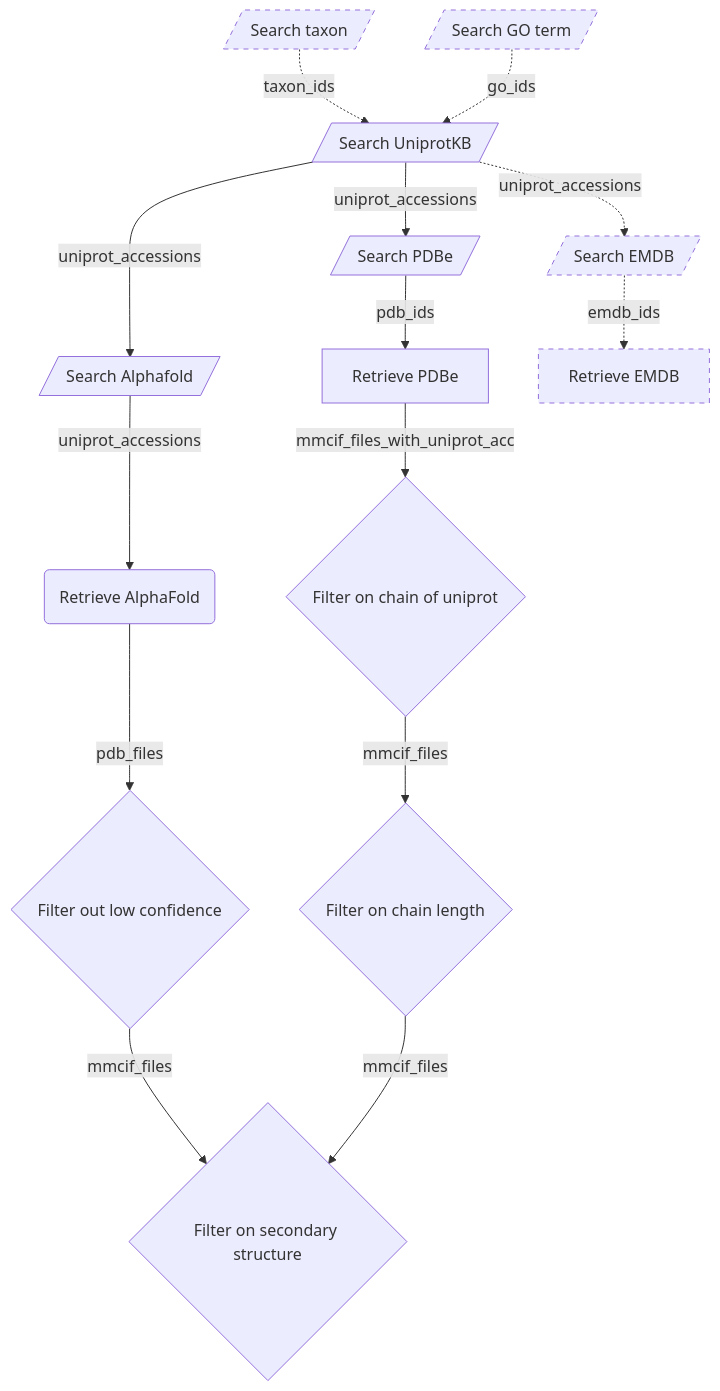
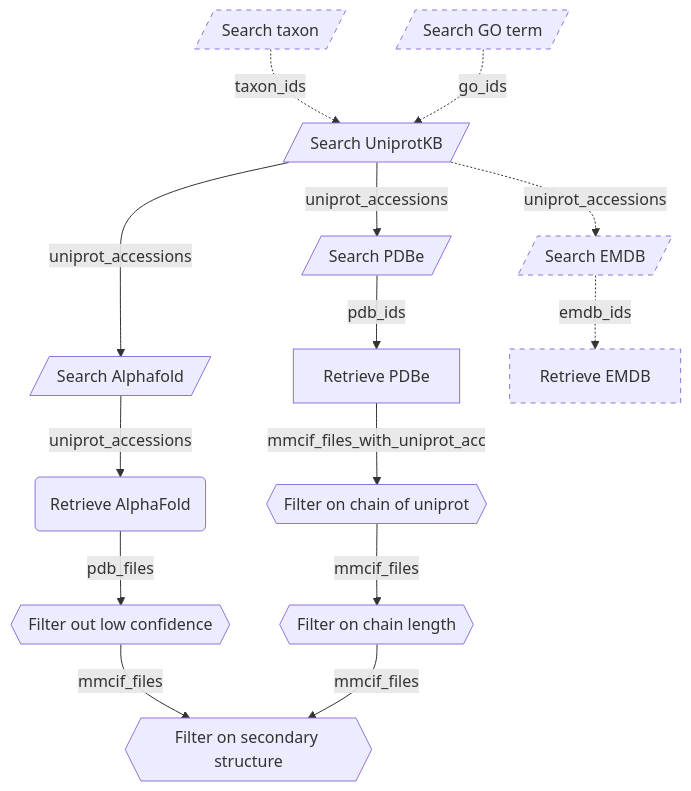
Before and after one commit to haddocking/protein-quest: the diagram in README.md, drawn with Mermaid.

Commit message:
Make filter shapes less big

````diff
--- a/README.md
+++ b/README.md
@@ -22,21 +22,21 @@
 ```mermaid
 graph TB;
     taxonomy[/Search taxon/] -. taxon_ids .-> searchuniprot[/Search UniprotKB/]
     goterm[/Search GO term/] -. go_ids .-> searchuniprot[/Search UniprotKB/]
     searchuniprot --> |uniprot_accessions|searchpdbe[/Search PDBe/]
     searchuniprot --> |uniprot_accessions|searchaf[/Search Alphafold/]
     searchuniprot -. uniprot_accessions .-> searchemdb[/Search EMDB/]
     searchpdbe -->|pdb_ids|fetchpdbe[Retrieve PDBe]
     searchaf --> |uniprot_accessions|fetchad(Retrieve AlphaFold)
     searchemdb -. emdb_ids .->fetchemdb[Retrieve EMDB]
-    fetchpdbe -->|mmcif_files_with_uniprot_acc| chainfilter{Filter on chain of uniprot}
-    chainfilter --> |mmcif_files| residuefilter{Filter on chain length}
-    fetchad -->|pdb_files| confidencefilter{Filter out low confidence}
-    confidencefilter --> |mmcif_files| ssfilter{Filter on secondary structure}
+    fetchpdbe -->|mmcif_files_with_uniprot_acc| chainfilter{{Filter on chain of uniprot}}
+    chainfilter --> |mmcif_files| residuefilter{{Filter on chain length}}
+    fetchad -->|pdb_files| confidencefilter{{Filter out low confidence}}
+    confidencefilter --> |mmcif_files| ssfilter{{Filter on secondary structure}}
     residuefilter --> |mmcif_files| ssfilter
     classDef dashedBorder stroke-dasharray: 5 5;
     goterm:::dashedBorder
     taxonomy:::dashedBorder
     searchemdb:::dashedBorder
     fetchemdb:::dashedBorder
 ```
````
